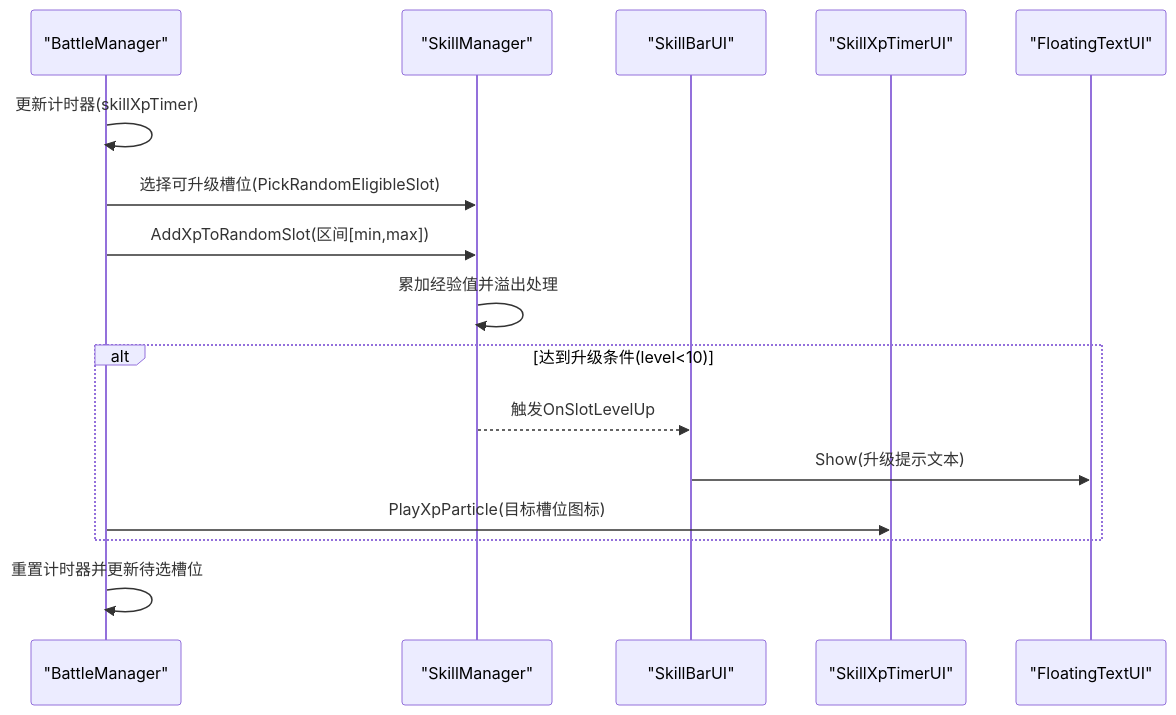
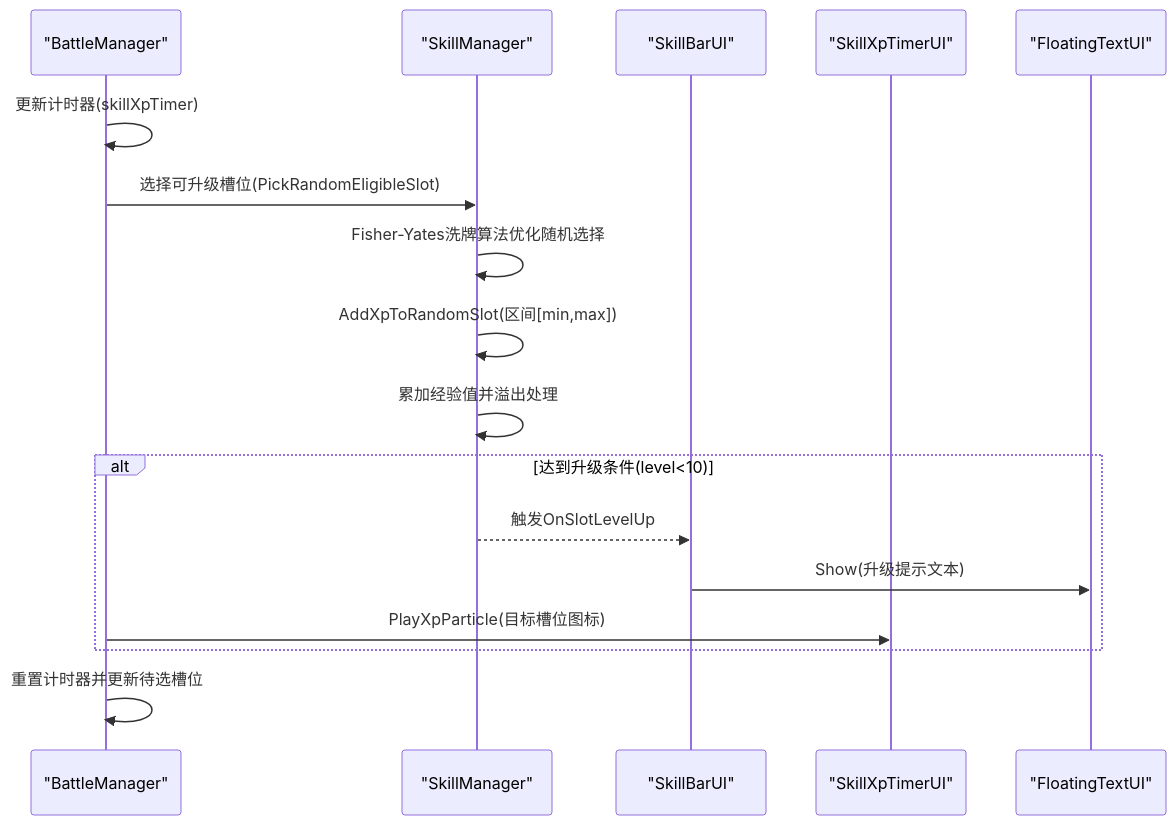
One commit to Tuusen/p1_client changed the second of 9 diagrams in .qoder/repowiki/zh/content/技能系统/技能经验值系统.md. Above: the diagram before and after it, drawn with Mermaid. The commit also changed other lines of this file and 11 other files, not shown here.

````diff
--- a/.qoder/repowiki/zh/content/技能系统/技能经验值系统.md
+++ b/.qoder/repowiki/zh/content/技能系统/技能经验值系统.md
@@ -79,18 +74,19 @@
 ```mermaid
 sequenceDiagram
 participant BM as "BattleManager"
 participant SM as "SkillManager"
 participant SBTI as "SkillBarUI"
 participant SXTI as "SkillXpTimerUI"
 participant FT as "FloatingTextUI"
 BM->>BM : 更新计时器(skillXpTimer)
 BM->>SM : 选择可升级槽位(PickRandomEligibleSlot)
-BM->>SM : AddXpToRandomSlot(区间[min,max])
+SM->>SM : Fisher-Yates洗牌算法优化随机选择
+SM->>SM : AddXpToRandomSlot(区间[min,max])
 SM->>SM : 累加经验值并溢出处理
 alt 达到升级条件(level<10)
 SM-->>SBTI : 触发OnSlotLevelUp
 SBTI->>FT : Show(升级提示文本)
 BM->>SXTI : PlayXpParticle(目标槽位图标)
 end
 BM->>BM : 重置计时器并更新待选槽位
 ```
````
